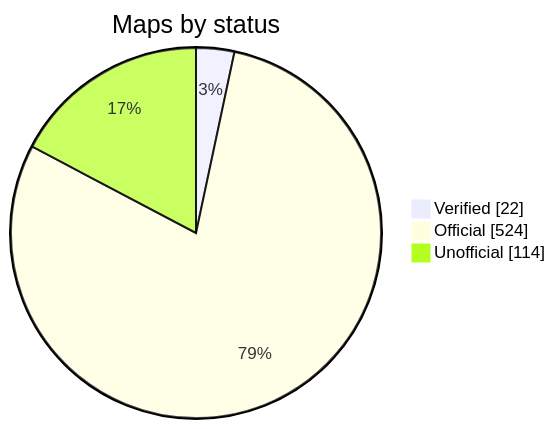
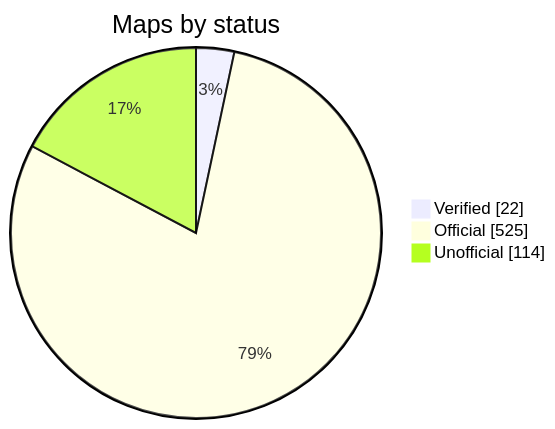
One commit to nobrega8/mbmap-library changed the diagram in README.md. Above: the diagram before and after it, drawn with Mermaid. The commit also changed 7 other files, not shown here.

````diff
--- a/README.md
+++ b/README.md
@@ -52,7 +52,7 @@
 ```mermaid
 pie showData
     title Maps by status
     "Verified" : 22
-    "Official" : 524
+    "Official" : 525
     "Unofficial" : 114
 ```
````
